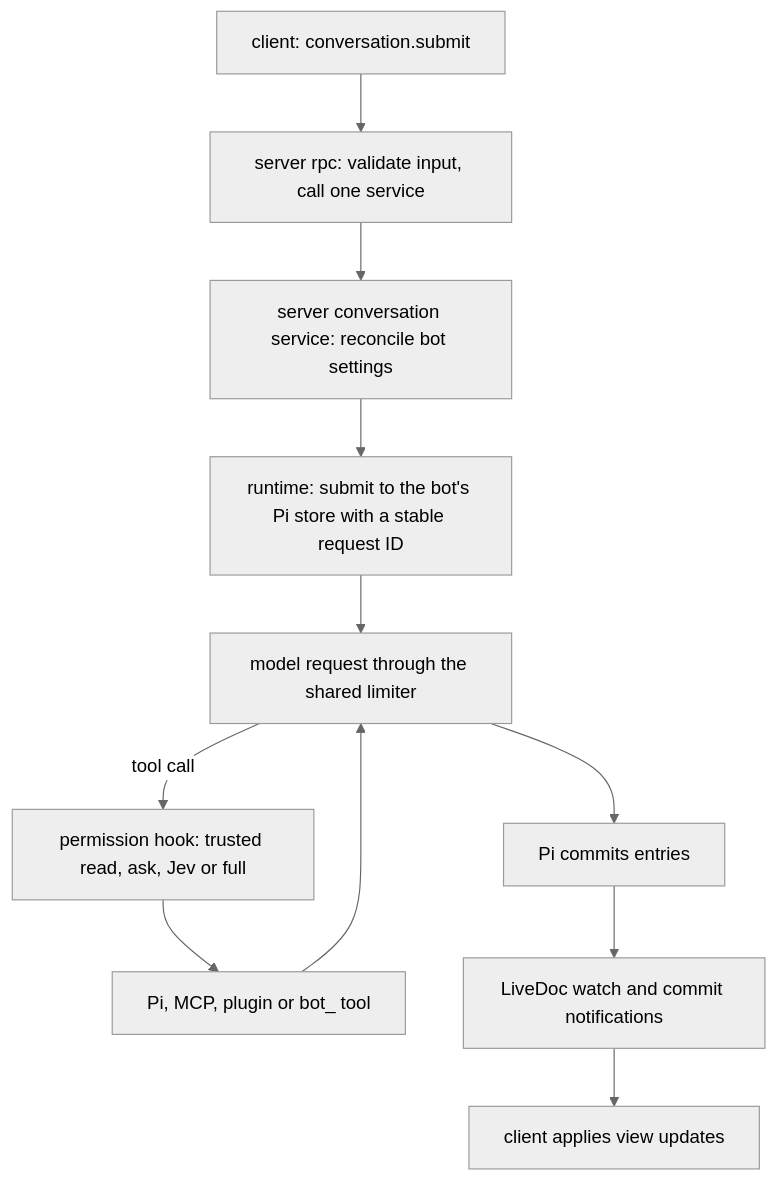
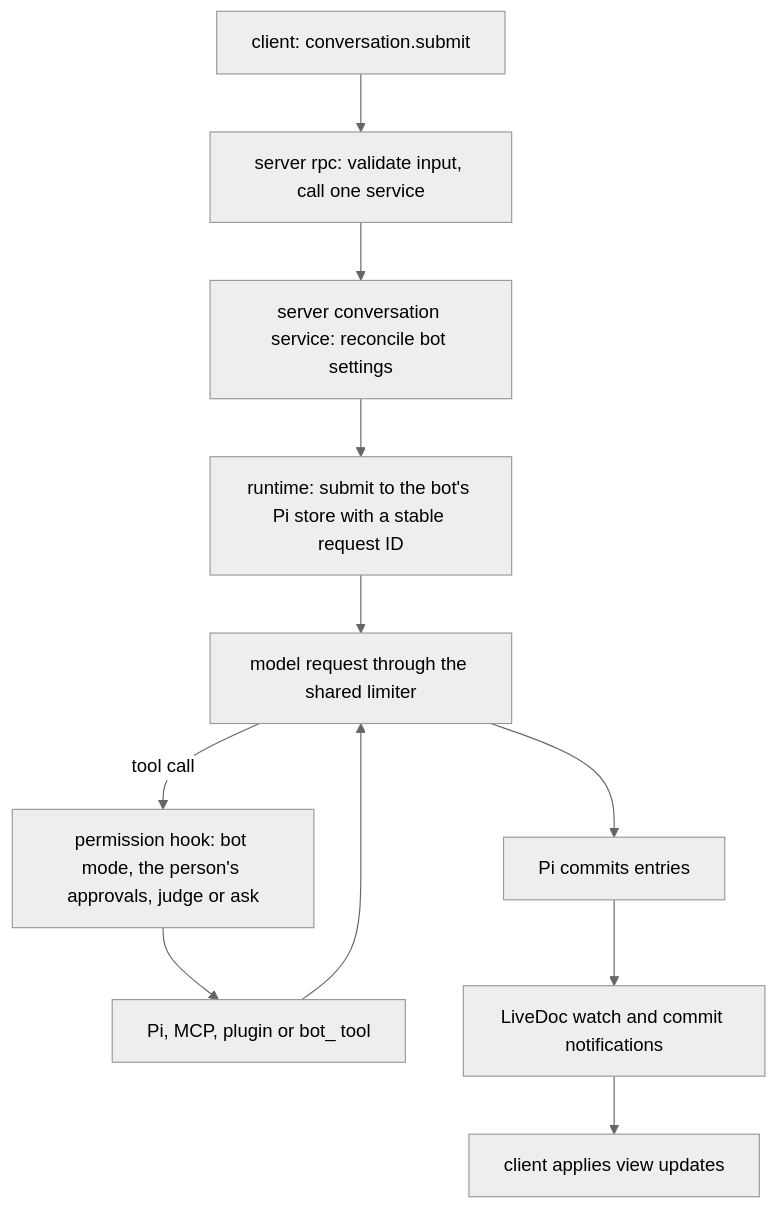
The fourth of 4 diagrams in .agents/references/architecture.md (meetvinci/vinci), drawn with Mermaid (neutral theme) before and after one commit. The commit also changed other lines of this file and 25 other files, not shown here.

First line of the commit message:
Approvals: judge sandbox commands that could use a secret (phase 2)

````diff
--- a/.agents/references/architecture.md
+++ b/.agents/references/architecture.md
@@ -71,13 +71,13 @@
 ```mermaid
 flowchart TB
   Submit["client: conversation.submit"] --> Rpc["server rpc: validate input, call one service"]
   Rpc --> Conversation["server conversation service: reconcile bot settings"]
   Conversation --> Pi["runtime: submit to the bot's Pi store with a stable request ID"]
   Pi --> Model["model request through the shared limiter"]
-  Model -->|"tool call"| Hook["permission hook: trusted read, ask, Jev or full"]
+  Model -->|"tool call"| Hook["permission hook: bot mode, the person's approvals, judge or ask"]
   Hook --> Tool["Pi, MCP, plugin or bot_ tool"]
   Tool --> Model
   Model --> Commit["Pi commits entries"]
   Commit --> Watch["LiveDoc watch and commit notifications"]
   Watch --> View["client applies view updates"]
 ```
````
